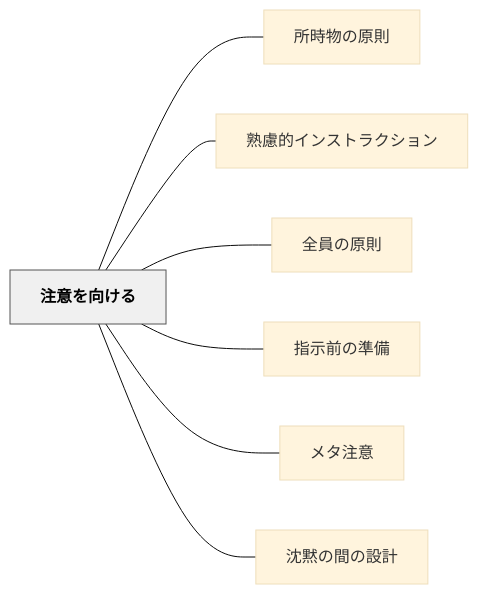
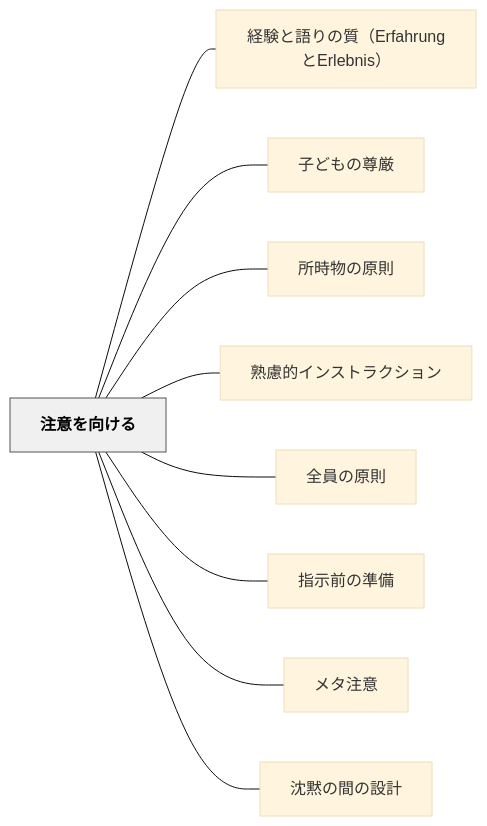
Before and after one commit to unknownthings-ed-patterns/unknownthings-ed-patterns: the diagram in content/パタン/注意を向ける.md, drawn with Mermaid (base theme). The commit also changed other lines of this file and 158 other files, not shown here.

````diff
--- a/content/パタン/注意を向ける.md
+++ b/content/パタン/注意を向ける.md
@@ -36,20 +72,24 @@
 ```mermaid
 flowchart LR
     ne6b3a8e6848fe38292e59091e38191e3828b["注意を向ける"]
+    ne7b58ce9a893e381a8e8aa9ee3828ae381aee8b3aaefbc88457266616872756e67e381a845726c65626e6973efbc89["経験と語りの質（ErfahrungとErlebnis）"]
+    ne5ad90e381a9e38282e381aee5b08ae58eb3["子どもの尊厳"]
     ne68980e69982e789a9e381aee58e9fe58987["所時物の原則"]
     ne7869fe685aee79a84e382a4e383b3e382b9e38388e383a9e382afe382b7e383a7e383b3["熟慮的インストラクション"]
     ne585a8e593a1e381aee58e9fe58987["全員の原則"]
     ne68c87e7a4bae5898de381aee6ba96e58299["指示前の準備"]
     ne383a1e382bfe6b3a8e6848f["メタ注意"]
     ne6b288e9bb99e381aee99693e381aee8a8ade8a888["沈黙の間の設計"]
 
+    ne6b3a8e6848fe38292e59091e38191e3828b --- ne7b58ce9a893e381a8e8aa9ee3828ae381aee8b3aaefbc88457266616872756e67e381a845726c65626e6973efbc89
+    ne6b3a8e6848fe38292e59091e38191e3828b --- ne5ad90e381a9e38282e381aee5b08ae58eb3
     ne6b3a8e6848fe38292e59091e38191e3828b --- ne68980e69982e789a9e381aee58e9fe58987
     ne6b3a8e6848fe38292e59091e38191e3828b --- ne7869fe685aee79a84e382a4e383b3e382b9e38388e383a9e382afe382b7e383a7e383b3
     ne6b3a8e6848fe38292e59091e38191e3828b --- ne585a8e593a1e381aee58e9fe58987
     ne6b3a8e6848fe38292e59091e38191e3828b --- ne68c87e7a4bae5898de381aee6ba96e58299
     ne6b3a8e6848fe38292e59091e38191e3828b --- ne383a1e382bfe6b3a8e6848f
     ne6b3a8e6848fe38292e59091e38191e3828b --- ne6b288e9bb99e381aee99693e381aee8a8ade8a888
 
     classDef hub fill:#f0f0f0,stroke:#555,color:#000,font-weight:bold
     class ne6b3a8e6848fe38292e59091e38191e3828b hub
 ```
````
